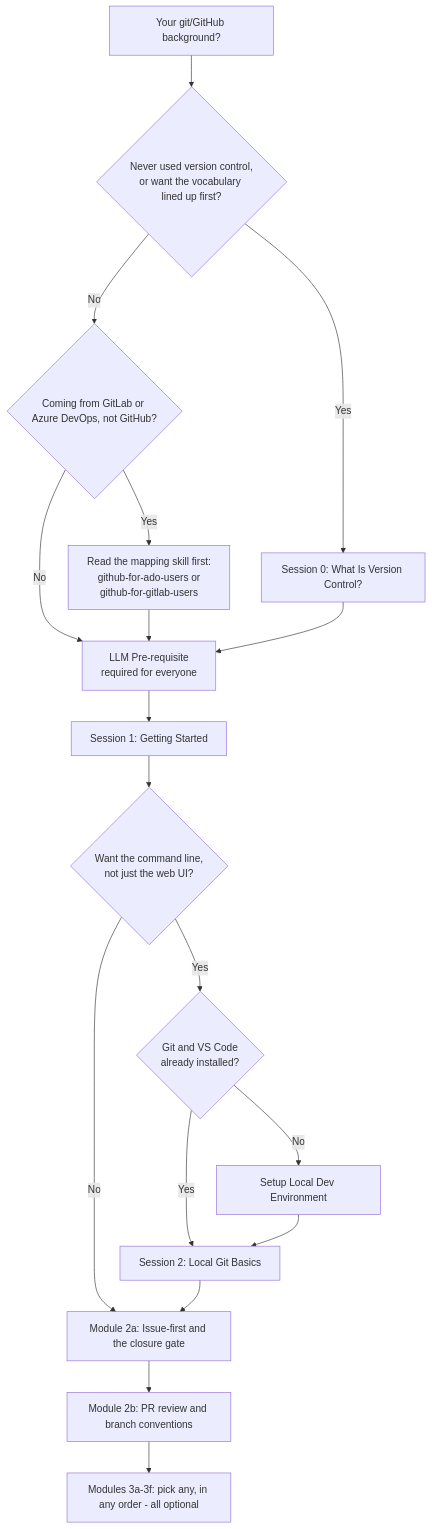
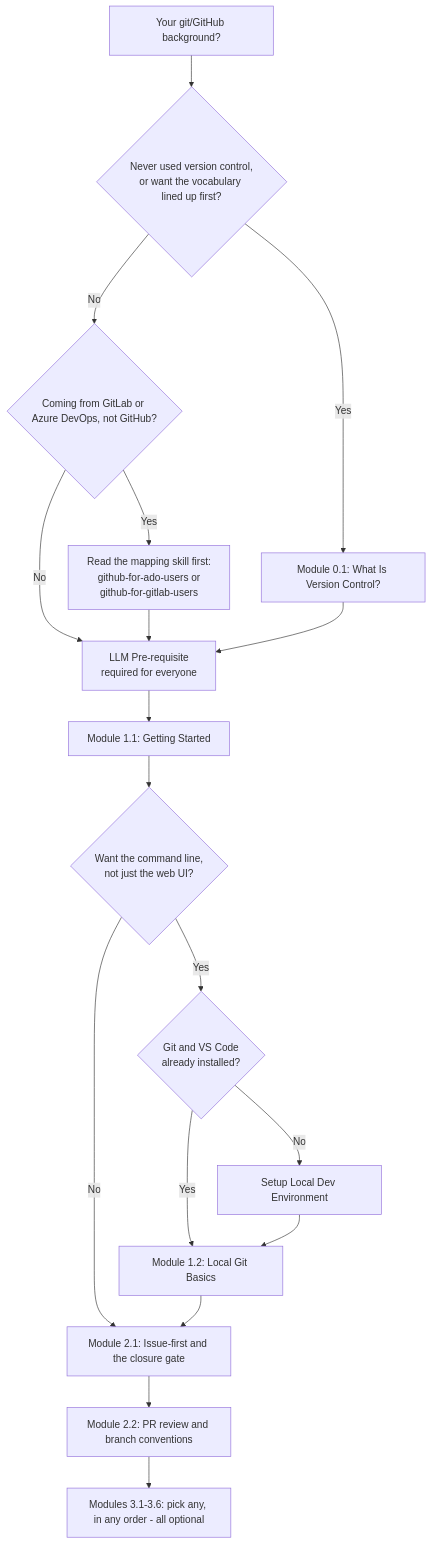
One commit to JeanKadang/DOC-GitHub-Practice-Skills changed the first of 2 diagrams in education/README.md. Above: the diagram before and after it, drawn with Mermaid. The commit also changed other lines of this file and 19 other files, not shown here.

````diff
--- a/education/README.md
+++ b/education/README.md
@@ -34,20 +34,20 @@
 ```mermaid
 flowchart TD
     Start[Your git/GitHub background?] --> Q1{Never used version control,<br/>or want the vocabulary lined up first?}
-    Q1 -- Yes --> S0[Session 0: What Is Version Control?]
+    Q1 -- Yes --> S0[Module 0.1: What Is Version Control?]
     Q1 -- No --> Q2{Coming from GitLab or Azure DevOps, not GitHub?}
     Q2 -- Yes --> Pre[Read the mapping skill first:<br/>github-for-ado-users or<br/>github-for-gitlab-users]
     Q2 -- No --> LLM0[LLM Pre-requisite<br/>required for everyone]
     Pre --> LLM0
     S0 --> LLM0
-    LLM0 --> S1[Session 1: Getting Started]
+    LLM0 --> S1[Module 1.1: Getting Started]
     S1 --> Q3{Want the command line,<br/>not just the web UI?}
     Q3 -- Yes --> Q4{Git and VS Code<br/>already installed?}
-    Q3 -- No --> M2a[Module 2a: Issue-first and the closure gate]
+    Q3 -- No --> M2a[Module 2.1: Issue-first and the closure gate]
     Q4 -- No --> Extra[Setup Local Dev Environment]
-    Q4 -- Yes --> S2[Session 2: Local Git Basics]
+    Q4 -- Yes --> S2[Module 1.2: Local Git Basics]
     Extra --> S2
     S2 --> M2a
-    M2a --> M2b[Module 2b: PR review and branch conventions]
-    M2b --> M3[Modules 3a-3f: pick any, in any order - all optional]
+    M2a --> M2b[Module 2.2: PR review and branch conventions]
+    M2b --> M3[Modules 3.1-3.6: pick any, in any order - all optional]
 ```
````
